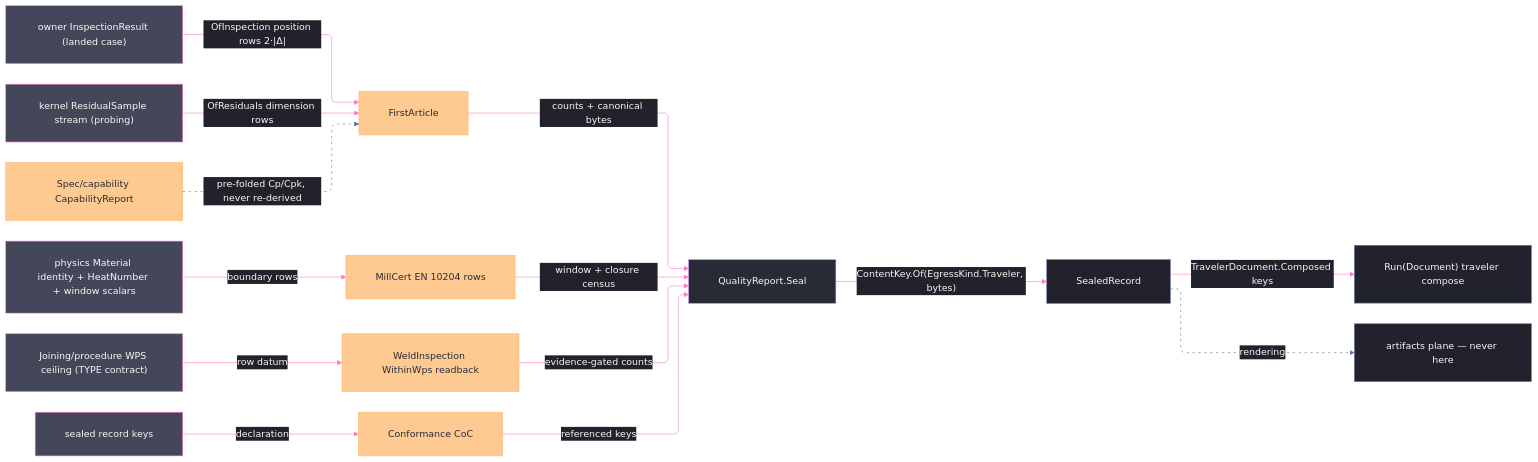
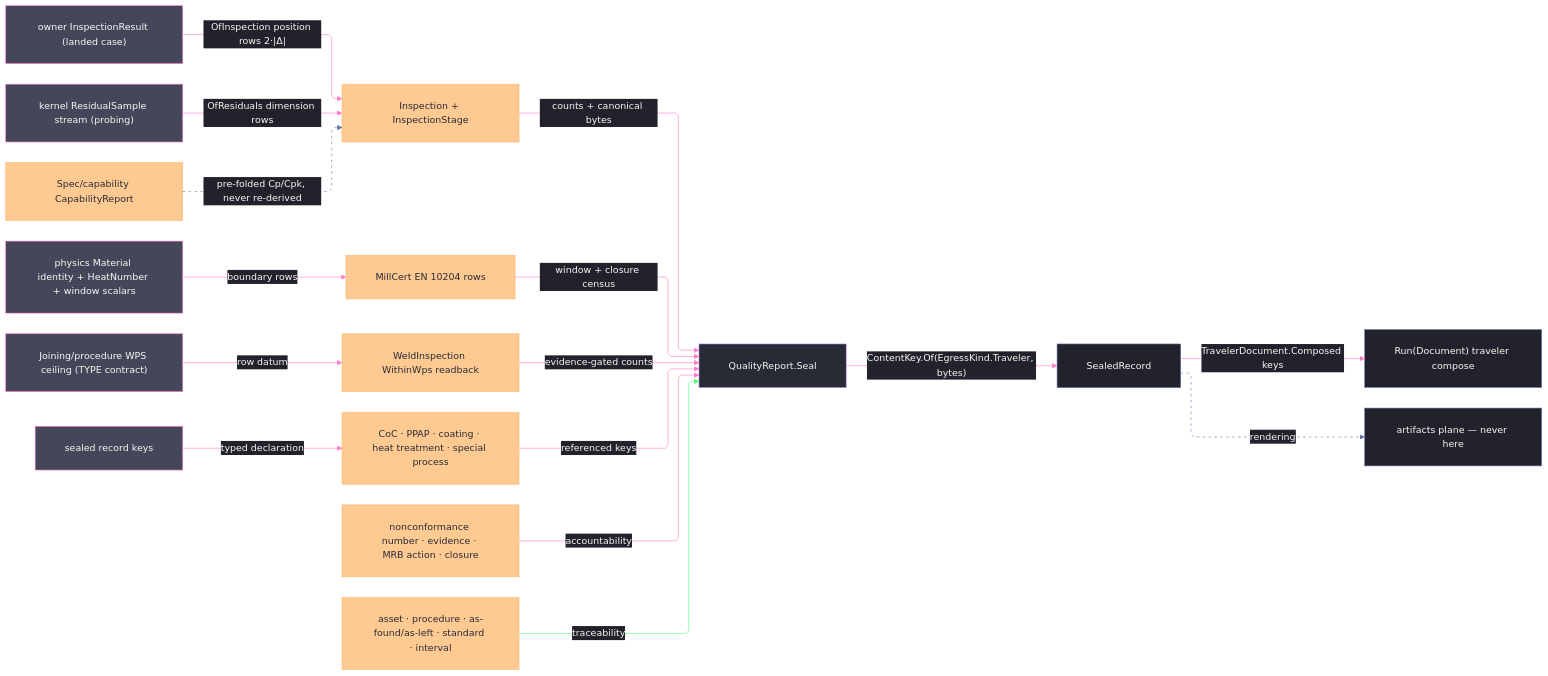
One commit to bsamiee/Rasm changed the diagram in libs/csharp/Rasm.Fabrication/.planning/Documentation/report.md. Above: the diagram before and after it, drawn with Mermaid. The commit also changed other lines of this file and 128 other files, not shown here.

First line of the commit message:
snapshot: Fabrication rebuild-run corpus landed + fleet one-fable-seat collapse + pr-loop universal rebuild, mid clean-refactor

````diff
--- a/libs/csharp/Rasm.Fabrication/.planning/Documentation/report.md
+++ b/libs/csharp/Rasm.Fabrication/.planning/Documentation/report.md
@@ -247,53 +488,56 @@
 ```mermaid
 ---
 config:
   theme: base
   look: classic
   layout: elk
   flowchart:
     curve: linear
     padding: 25
   themeVariables:
     darkMode: true
     fontFamily: "SF Mono, Menlo, Cascadia Mono, Segoe UI Mono, Consolas, monospace"
     useGradient: false
     dropShadow: "none"
     background: "#282A36"
     primaryColor: "#44475A"
     primaryTextColor: "#F8F8F2"
     primaryBorderColor: "#BD93F9"
     mainBkg: "#44475A"
     nodeBorder: "#BD93F9"
     lineColor: "#FF79C6"
     textColor: "#F8F8F2"
     edgeLabelBackground: "#21222C"
     labelBackgroundColor: "#21222C"
   themeCSS: ".nodeLabel{font-size:13px;font-weight:500}.edgeLabel{font-size:12px;font-weight:500}.edge-thickness-normal{stroke-width:2px}.edge-thickness-thick{stroke-width:3px}.edge-pattern-dashed,.edge-pattern-dotted{stroke-width:1.5px;stroke-dasharray:4 6}.node rect,.node circle,.node polygon,.node path,.node .outer-path{stroke-width:1.5px;filter:none!important}.marker path{transform:scale(.8);transform-origin:5px 5px}.marker circle{transform:scale(.48);transform-origin:5px 5px}.edgeLabel rect{transform-box:fill-box;transform-origin:center;transform:scale(1.1,1.2)}"
 ---
 flowchart LR
     accTitle: Quality record seams
-    accDescr: Inspection results, probing residuals, material certificates, and weld readbacks fold through the one seal into content-keyed records the traveler composes.
-    Inspection["owner InspectionResult (landed case)"] -->|"OfInspection position rows 2·|Δ|"| FAI["FirstArticle"]
-    Residuals["kernel ResidualSample stream (probing)"] -->|"OfResiduals dimension rows"| FAI
-    Capability["Spec/capability CapabilityReport"] -.->|"pre-folded Cp/Cpk, never re-derived"| FAI
+    accDescr: Inspection, material, weld, nonconformance, calibration, and declaration evidence fold through the one seal into content-keyed records the traveler composes.
+    Inspection["owner InspectionResult (landed case)"] -->|"OfInspection position rows 2·|Δ|"| Evidence["Inspection + InspectionStage"]
+    Residuals["kernel ResidualSample stream (probing)"] -->|"OfResiduals dimension rows"| Evidence
+    Capability["Spec/capability CapabilityReport"] -.->|"pre-folded Cp/Cpk, never re-derived"| Evidence
     Physics["physics Material identity + HeatNumber + window scalars"] -->|"boundary rows"| Cert["MillCert EN 10204 rows"]
     Procedure["Joining/procedure WPS ceiling (TYPE contract)"] -->|"row datum"| Weld["WeldInspection WithinWps readback"]
-    Sealed["sealed record keys"] -->|"declaration"| CoC["Conformance CoC"]
-    FAI -->|"counts + canonical bytes"| Seal["QualityReport.Seal"]
+    Sealed["sealed record keys"] -->|"typed declaration"| Declaration["CoC · PPAP · coating · heat treatment · special process"]
+    Ncr["nonconformance number · evidence · MRB action · closure"] -->|"accountability"| Seal
+    Calibration["asset · procedure · as-found/as-left · standard · interval"] -->|"traceability"| Seal
+    Evidence -->|"counts + canonical bytes"| Seal["QualityReport.Seal"]
     Cert -->|"window + closure census"| Seal
     Weld -->|"evidence-gated counts"| Seal
-    CoC -->|"referenced keys"| Seal
+    Declaration -->|"referenced keys"| Seal
     Seal -->|"ContentKey.Of(EgressKind.Traveler, bytes)"| Keyed["SealedRecord"]
     Keyed -->|"TravelerDocument.Composed keys"| Traveler["Run(Document) traveler compose"]
     Keyed -.->|"rendering"| Artifacts["artifacts plane — never here"]
     classDef primary fill:#44475A,stroke:#FF79C6,color:#F8F8F2
     classDef boundary fill:#282A36,stroke:#BD93F9,color:#F8F8F2
     classDef data fill:#FFB86CBF,stroke:#FFB86C,color:#282A36
     classDef annotation fill:#21222C,stroke:#6272A4,color:#F8F8F2
     class Inspection,Residuals,Physics,Procedure,Sealed primary
     class Seal boundary
-    class FAI,Cert,Weld,CoC,Capability data
+    class Evidence,Cert,Weld,Ncr,Calibration,Declaration,Capability data
     class Keyed,Traveler,Artifacts annotation
     linkStyle 2 stroke:#6272A4,color:#F8F8F2,stroke-dasharray:4 6
-    linkStyle 12 stroke:#6272A4,color:#F8F8F2,stroke-dasharray:4 6
+    linkStyle 7 stroke:#50FA7B,color:#F8F8F2
+    linkStyle 14 stroke:#6272A4,color:#F8F8F2,stroke-dasharray:4 6
 ```
````
